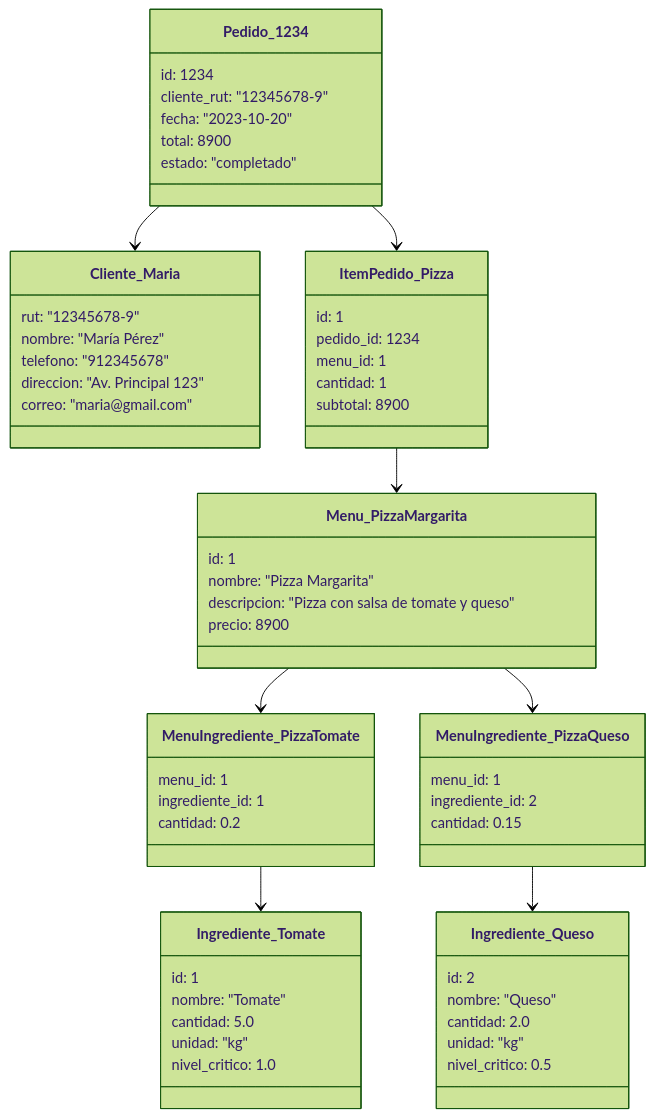
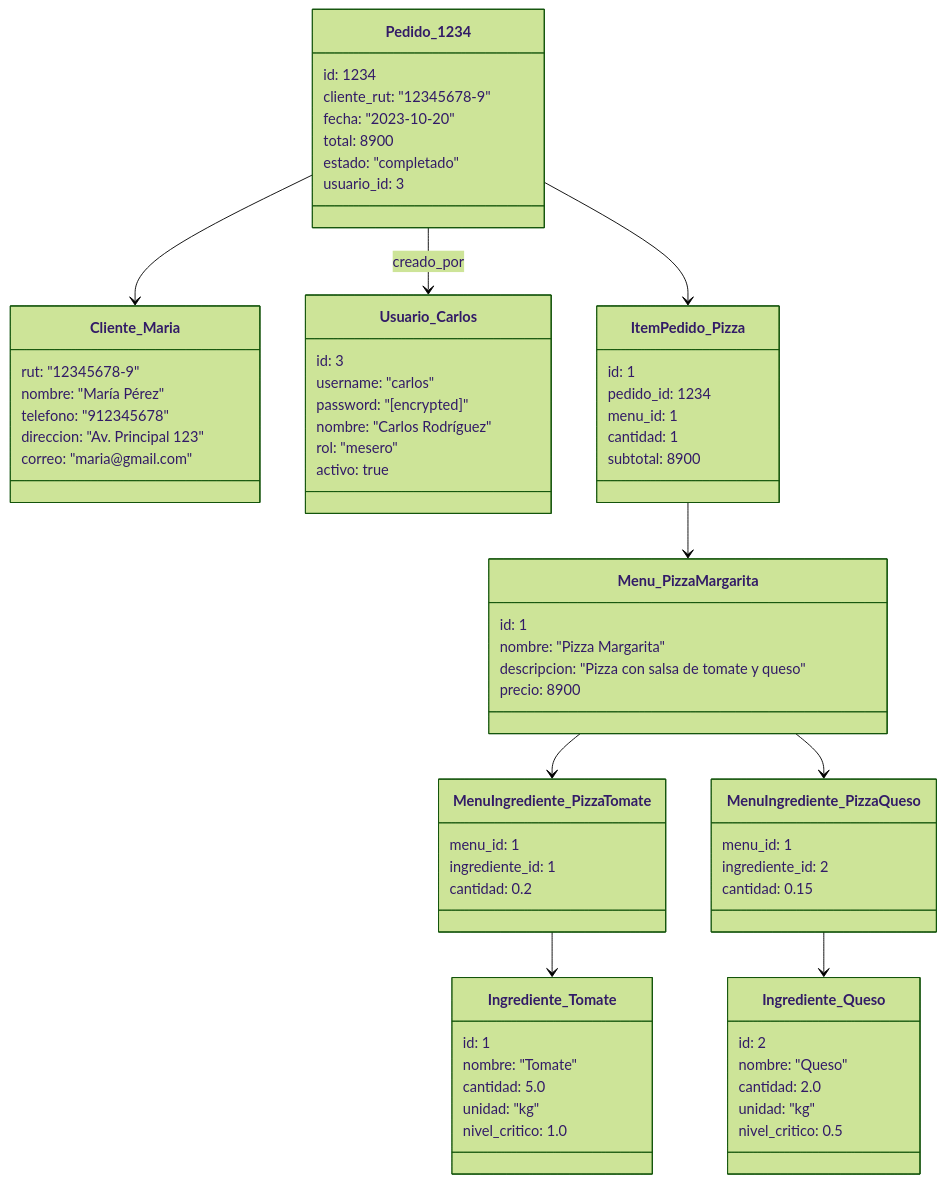
One commit to Fabo01/Dise-o_Software changed the ninth of 12 diagrams in Sistema_Restaurante/Docs/Diagramas/Diagramas.md. Above: the diagram before and after it, drawn with Mermaid (forest theme). The commit also changed other lines of this file and 8 other files, not shown here.

````diff
--- a/Sistema_Restaurante/Docs/Diagramas/Diagramas.md
+++ b/Sistema_Restaurante/Docs/Diagramas/Diagramas.md
@@ -979,69 +992,80 @@
 ```mermaid
 classDiagram
     class Cliente_Maria {
         rut: "12345678-9"
         nombre: "María Pérez"
         telefono: "912345678"
         direccion: "Av. Principal 123"
         correo: "maria@gmail.com"
     }
     
     class Ingrediente_Tomate {
         id: 1
         nombre: "Tomate"
         cantidad: 5.0
         unidad: "kg"
         nivel_critico: 1.0
     }
     
     class Ingrediente_Queso {
         id: 2
         nombre: "Queso"
         cantidad: 2.0
         unidad: "kg"
         nivel_critico: 0.5
     }
     
     class Menu_PizzaMargarita {
         id: 1
         nombre: "Pizza Margarita"
         descripcion: "Pizza con salsa de tomate y queso"
         precio: 8900
     }
     
     class MenuIngrediente_PizzaTomate {
         menu_id: 1
         ingrediente_id: 1
         cantidad: 0.2
     }
     
     class MenuIngrediente_PizzaQueso {
         menu_id: 1
         ingrediente_id: 2
         cantidad: 0.15
     }
     
     class Pedido_1234 {
         id: 1234
         cliente_rut: "12345678-9"
         fecha: "2023-10-20"
         total: 8900
         estado: "completado"
+        usuario_id: 3
+    }
+
+    class Usuario_Carlos {
+        id: 3
+        username: "carlos"
+        password: "[encrypted]"
+        nombre: "Carlos Rodríguez"
+        rol: "mesero"
+        activo: true
     }
     
     class ItemPedido_Pizza {
         id: 1
         pedido_id: 1234
         menu_id: 1
         cantidad: 1
         subtotal: 8900
     }
     
     Pedido_1234 --> Cliente_Maria
     Pedido_1234 --> ItemPedido_Pizza
     ItemPedido_Pizza --> Menu_PizzaMargarita
     Menu_PizzaMargarita --> MenuIngrediente_PizzaTomate
     Menu_PizzaMargarita --> MenuIngrediente_PizzaQueso
     MenuIngrediente_PizzaTomate --> Ingrediente_Tomate
     MenuIngrediente_PizzaQueso --> Ingrediente_Queso
+    Pedido_1234 --> Usuario_Carlos : creado_por
 ```
````
